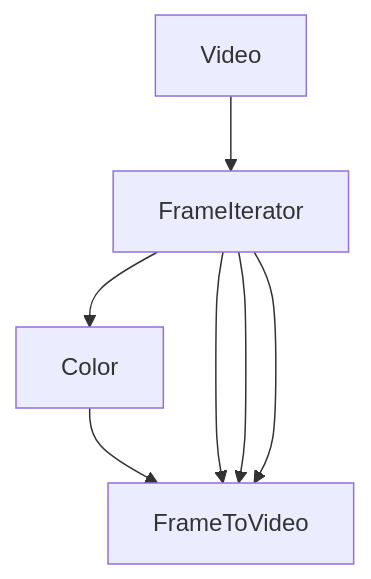
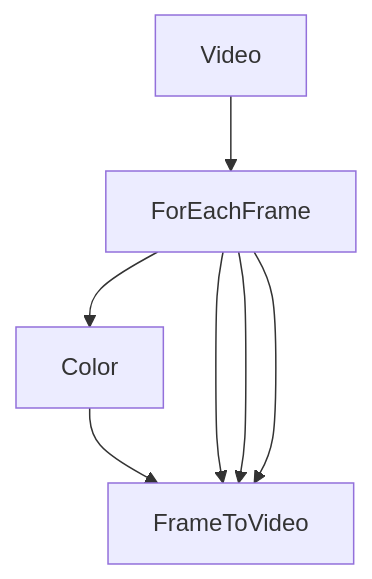
Before and after one commit to nodetool-ai/nodetool: the diagram in docs/workflows/color-boost-video.md, drawn with Mermaid. The commit also changed 193 other files, not shown here.

```diff
--- a/docs/workflows/color-boost-video.md
+++ b/docs/workflows/color-boost-video.md
@@ -21,13 +21,13 @@
 {% mermaid %}
 graph TD
   video_7074f1["Video"]
-  frameiterator_abb8ee["FrameIterator"]
+  foreachframe_abb8ee["ForEachFrame"]
   color_b14f76["Color"]
   frametovideo_4ca887["FrameToVideo"]
-  video_7074f1 --> frameiterator_abb8ee
-  frameiterator_abb8ee --> color_b14f76
+  video_7074f1 --> foreachframe_abb8ee
+  foreachframe_abb8ee --> color_b14f76
   color_b14f76 --> frametovideo_4ca887
-  frameiterator_abb8ee --> frametovideo_4ca887
-  frameiterator_abb8ee --> frametovideo_4ca887
-  frameiterator_abb8ee --> frametovideo_4ca887
+  foreachframe_abb8ee --> frametovideo_4ca887
+  foreachframe_abb8ee --> frametovideo_4ca887
+  foreachframe_abb8ee --> frametovideo_4ca887
 {% endmermaid %}
```
